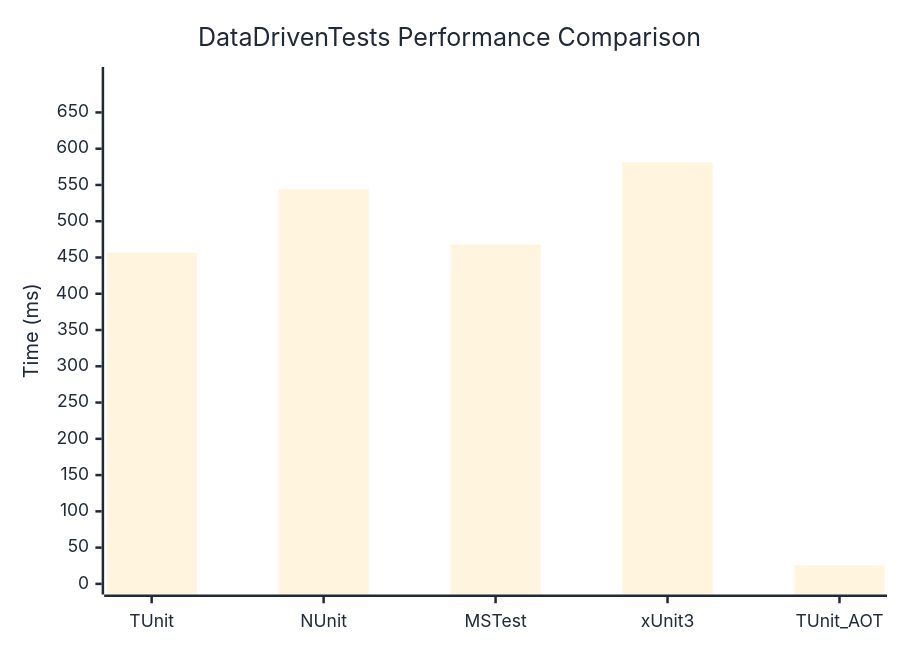
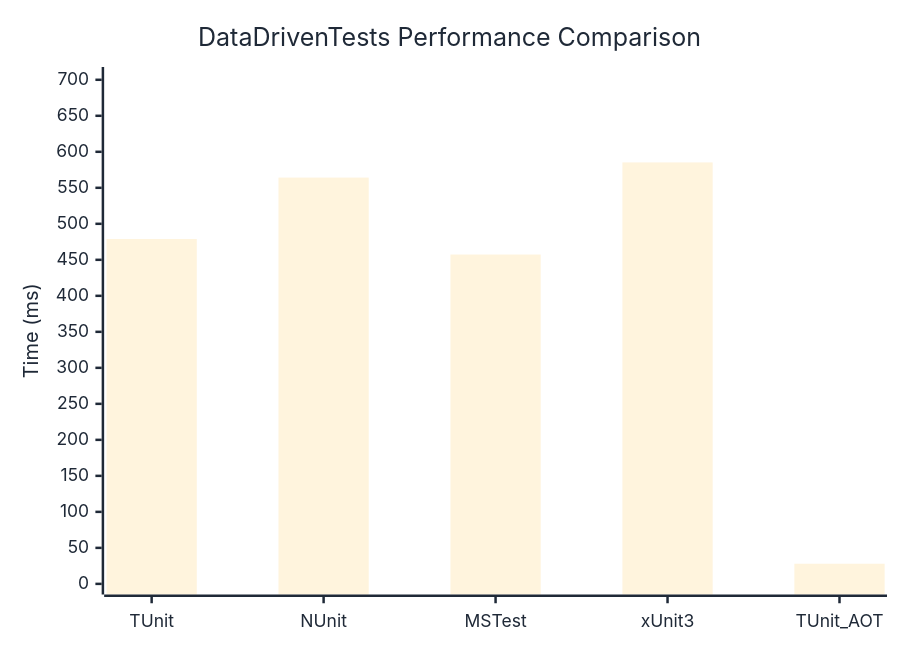
Before and after one commit to thomhurst/TUnit: the diagram in docs/docs/benchmarks/DataDrivenTests.md, drawn with Mermaid. The commit also changed other lines of this file and 17 other files, not shown here.

````diff
--- a/docs/docs/benchmarks/DataDrivenTests.md
+++ b/docs/docs/benchmarks/DataDrivenTests.md
@@ -27,37 +27,37 @@
 ```mermaid
 %%{init: {
   'theme':'base',
   'themeVariables': {
     'primaryColor': '#2563eb',
     'primaryTextColor': '#1f2937',
     'primaryBorderColor': '#1e40af',
     'lineColor': '#6b7280',
     'secondaryColor': '#7c3aed',
     'tertiaryColor': '#dc2626',
     'background': '#ffffff',
     'mainBkg': '#2563eb',
     'secondBkg': '#7c3aed',
     'tertiaryBkg': '#dc2626',
     'clusterBkg': '#f3f4f6',
     'edgeLabelBackground': '#ffffff',
     'tertiaryTextColor': '#1f2937',
     'pie1': '#2563eb',
     'pie2': '#7c3aed',
     'pie3': '#dc2626',
     'pie4': '#f59e0b',
     'pie5': '#10b981',
     'pie6': '#06b6d4',
     'pie7': '#ec4899',
     'pie8': '#6366f1',
     'pie9': '#84cc16',
     'pie10': '#f97316',
     'pie11': '#14b8a6',
     'pie12': '#a855f7'
   }
 }}%%
 xychart-beta
   title "DataDrivenTests Performance Comparison"
   x-axis ["TUnit", "NUnit", "MSTest", "xUnit3", "TUnit_AOT"]
-  y-axis "Time (ms)" 0 --> 698
-  bar [456.68, 544.17, 467.75, 581.3, 25.31]
+  y-axis "Time (ms)" 0 --> 703
+  bar [478.94, 564.19, 457.35, 585.26, 27.98]
 ```
````
